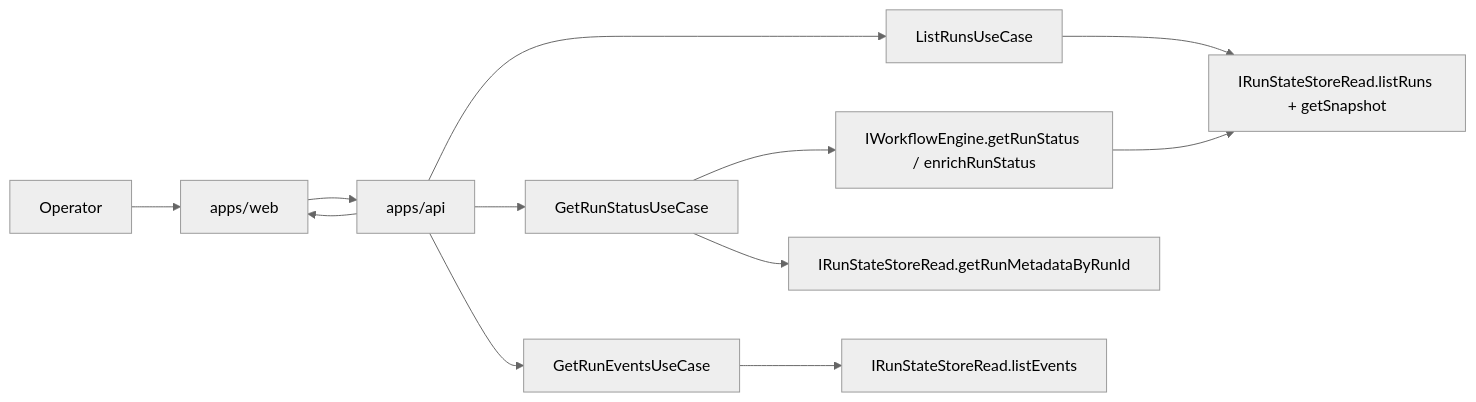
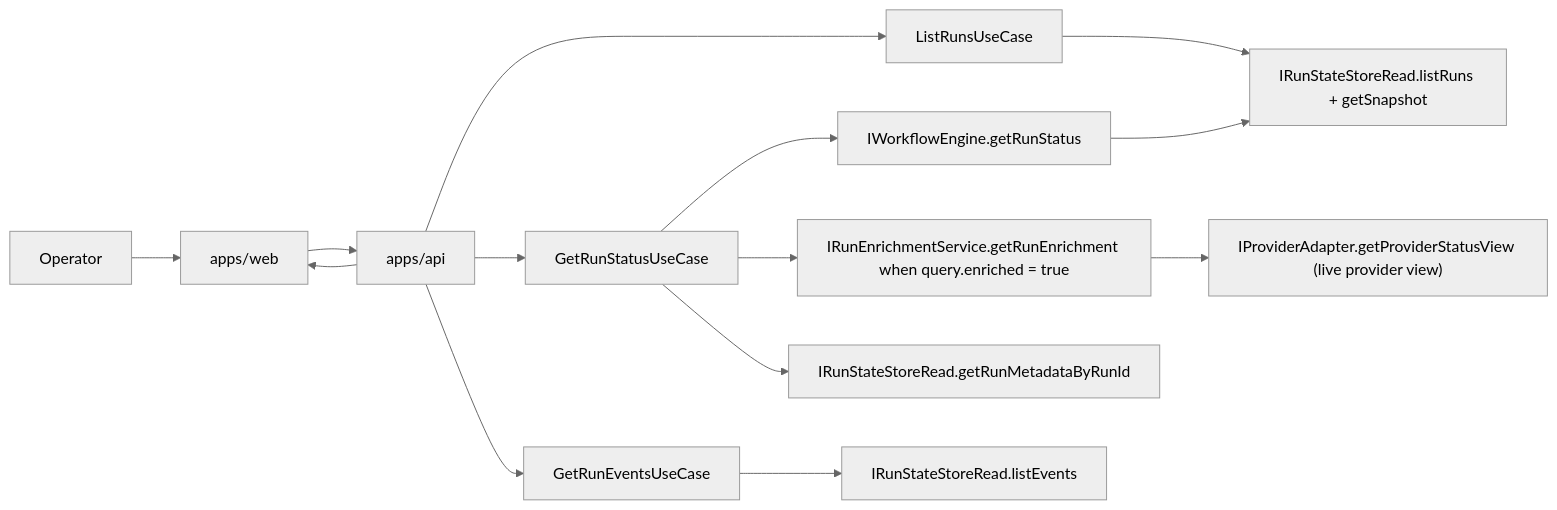
One commit to dunay2/dvt changed the diagram in docs/architecture/system/subsystems/read/index.md. Above: the diagram before and after it, drawn with Mermaid (neutral theme). The commit also changed other lines of this file and 168 other files, not shown here.

````diff
--- a/docs/architecture/system/subsystems/read/index.md
+++ b/docs/architecture/system/subsystems/read/index.md
@@ -18,14 +18,16 @@
 ```mermaid
 flowchart LR
   Operator["Operator"] --> Web["apps/web"]
   Web --> Api["apps/api"]
   Api --> ListRuns["ListRunsUseCase"]
   Api --> GetRun["GetRunStatusUseCase"]
   Api --> GetEvents["GetRunEventsUseCase"]
   ListRuns --> StateRead["IRunStateStoreRead.listRuns + getSnapshot"]
-  GetRun --> Engine["IWorkflowEngine.getRunStatus / enrichRunStatus"]
+  GetRun --> Engine["IWorkflowEngine.getRunStatus"]
+  GetRun --> Enrich["IRunEnrichmentService.getRunEnrichment when query.enriched = true"]
   GetRun --> Metadata["IRunStateStoreRead.getRunMetadataByRunId"]
   GetEvents --> EventStore["IRunStateStoreRead.listEvents"]
   Engine --> StateRead
+  Enrich --> Provider["IProviderAdapter.getProviderStatusView (live provider view)"]
   Api --> Web
 ```
````
